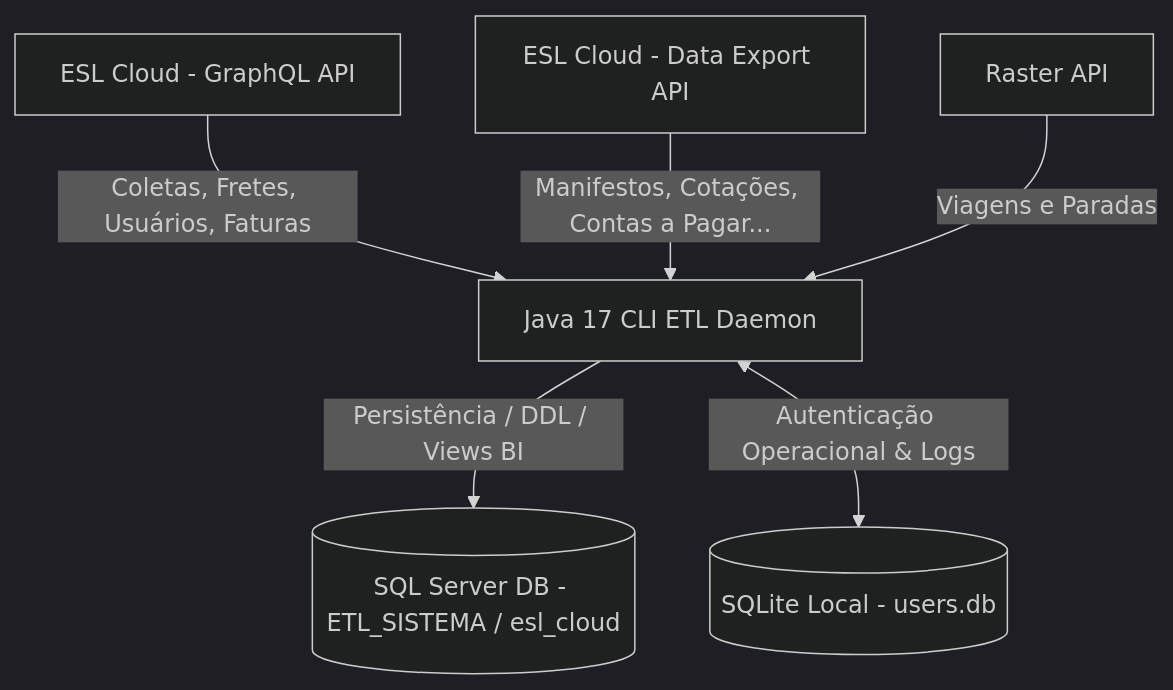
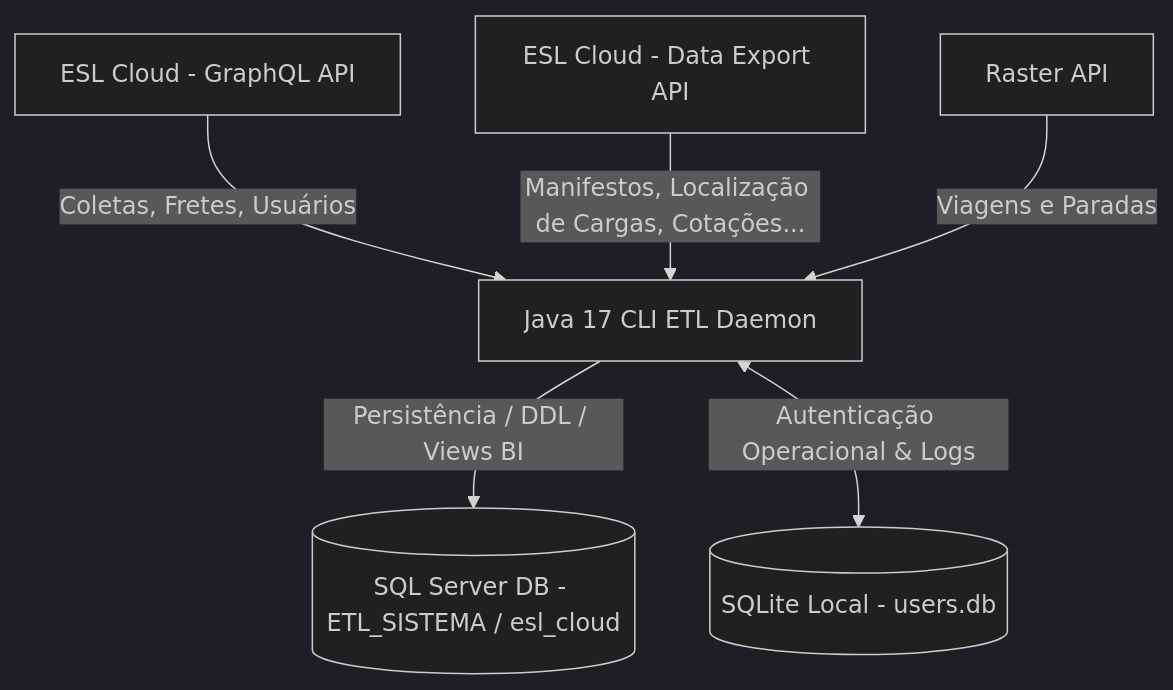
One commit to Dev-Rodogarcia/script-etl-automacao changed the diagram in README.md. Above: the diagram before and after it, drawn with Mermaid (dark theme). The commit also changed other lines of this file, not shown here.

First line of the commit message:
feat: Atualiza diagrama e documentação para refletir mudanças nas integrações e processamento

````diff
--- a/README.md
+++ b/README.md
@@ -13,9 +13,9 @@
 ```mermaid
 graph TD
-    ESLGraphQL[ESL Cloud - GraphQL API] -->|Coletas, Fretes, Usuários, Faturas| ExtratorDaemon[Java 17 CLI ETL Daemon]
-    ESLDataExport[ESL Cloud - Data Export API] -->|Manifestos, Cotações, Contas a Pagar...| ExtratorDaemon
+    ESLGraphQL[ESL Cloud - GraphQL API] -->|Coletas, Fretes, Usuários| ExtratorDaemon[Java 17 CLI ETL Daemon]
+    ESLDataExport[ESL Cloud - Data Export API] -->|Manifestos, Localização de Cargas, Cotações...| ExtratorDaemon
     RasterAPI[Raster API] -->|Viagens e Paradas| ExtratorDaemon
     
     ExtratorDaemon -->|Persistência / DDL / Views BI| SQLServer[(SQL Server DB - ETL_SISTEMA / esl_cloud)]
     ExtratorDaemon <-->|Autenticação Operacional & Logs| SQLiteLocal[(SQLite Local - users.db)]
 ```
````
